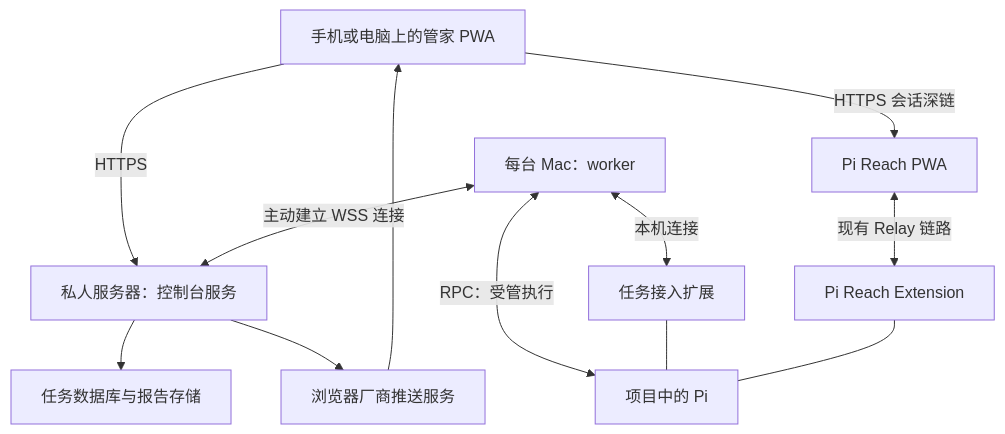
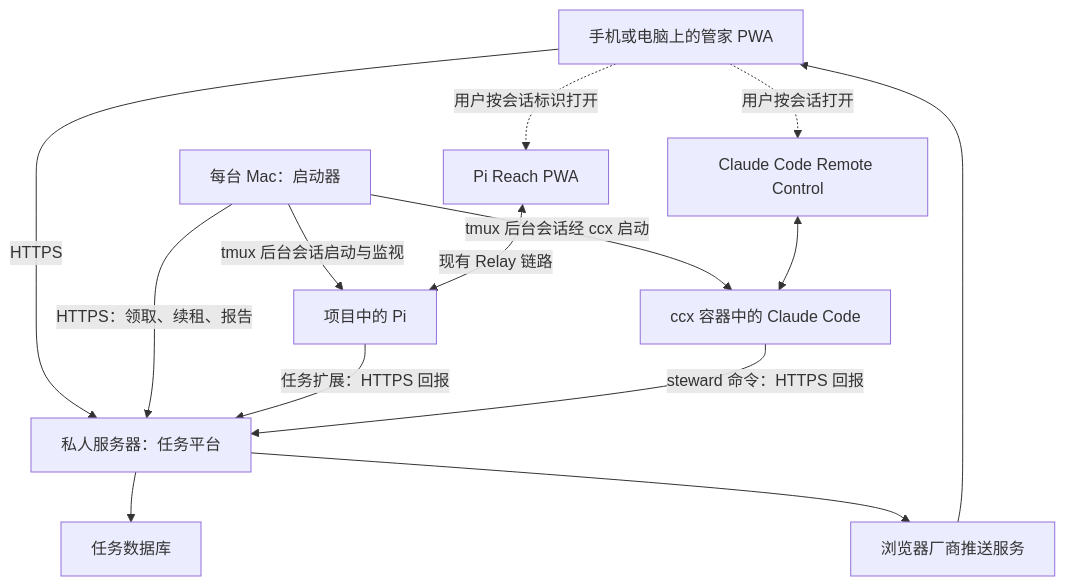
One commit to yefengr/task-steward changed the diagram in docs/plans/active/20261112-initial-design.md. Above: the diagram before and after it, drawn with Mermaid. The commit also changed other lines of this file and 2 other files, not shown here.

````diff
--- a/docs/plans/active/20261112-initial-design.md
+++ b/docs/plans/active/20261112-initial-design.md
@@ -35,14 +68,16 @@
 ```mermaid
 flowchart TD
-    Browser[手机或电脑上的管家 PWA] -->|HTTPS| Console[私人服务器：控制台服务]
-    Console --> Store[任务数据库与报告存储]
-    Console --> Push[浏览器厂商推送服务]
+    Browser[手机或电脑上的管家 PWA] -->|HTTPS| Platform[私人服务器：任务平台]
+    Platform --> Store[任务数据库]
+    Platform --> Push[浏览器厂商推送服务]
     Push --> Browser
-    Worker[每台 Mac：worker] <-->|主动建立 WSS 连接| Console
-    Worker <-->|本机连接| Bridge[任务接入扩展]
-    Worker <-->|RPC：受管执行| Pi[项目中的 Pi]
-    Bridge --- Pi
-    Browser -->|HTTPS 会话深链| Reach[Pi Reach PWA]
-    Reach <-->|现有 Relay 链路| ReachExtension[Pi Reach Extension]
-    ReachExtension --- Pi
+    Launcher[每台 Mac：启动器] -->|HTTPS：领取、续租、报告| Platform
+    Launcher -->|tmux 后台会话启动与监视| Pi[项目中的 Pi]
+    Launcher -->|tmux 后台会话经 ccx 启动| Claude[ccx 容器中的 Claude Code]
+    Pi -->|任务扩展：HTTPS 回报| Platform
+    Claude -->|steward 命令：HTTPS 回报| Platform
+    Browser -.->|用户按会话标识打开| Reach[Pi Reach PWA]
+    Reach <-->|现有 Relay 链路| Pi
+    Browser -.->|用户按会话打开| Remote[Claude Code Remote Control]
+    Remote <--> Claude
 ```
````
